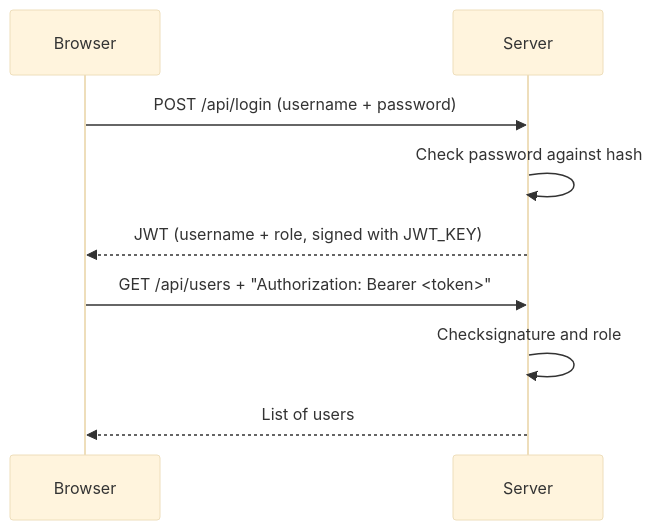
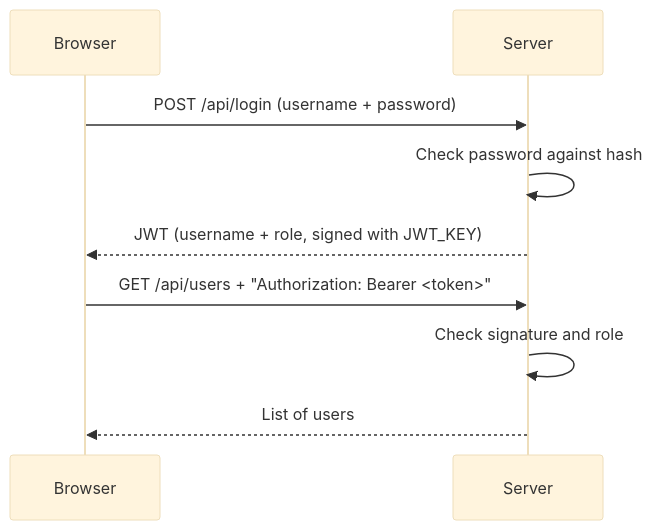
One commit to majlando/cds-login-platform changed the second of 2 diagrams in README.md. Above: the diagram before and after it, drawn with Mermaid (base theme). The commit also changed other lines of this file and 2 other files, not shown here.

````diff
--- a/README.md
+++ b/README.md
@@ -188,11 +193,11 @@
 ```mermaid
 sequenceDiagram
     participant B as Browser
     participant S as Server
     B->>S: POST /api/login (username + password)
     S->>S: Check password against hash
     S-->>B: JWT (username + role, signed with JWT_KEY)
     B->>S: GET /api/users + "Authorization: Bearer <token>"
-    S->>S: Checksignature and role
+    S->>S: Check signature and role
     S-->>B: List of users
 ```
````
